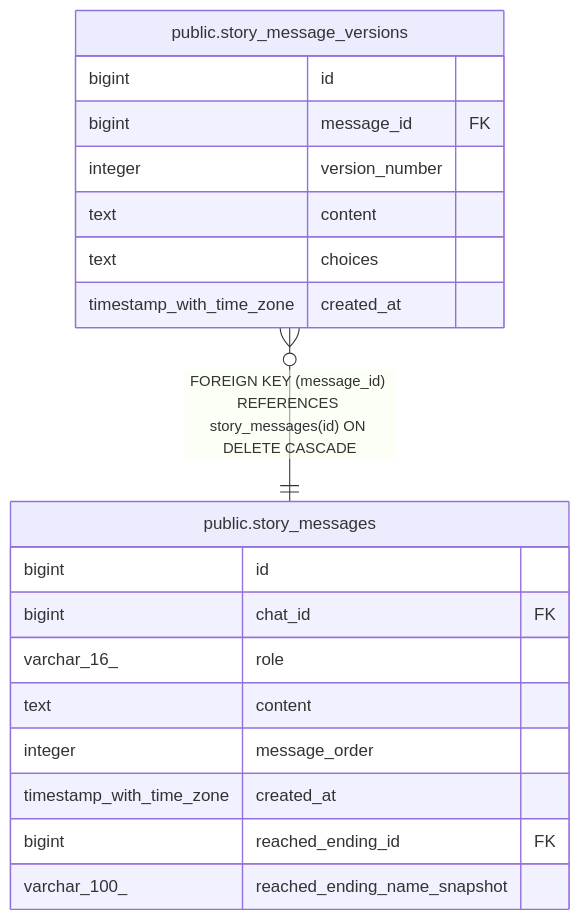
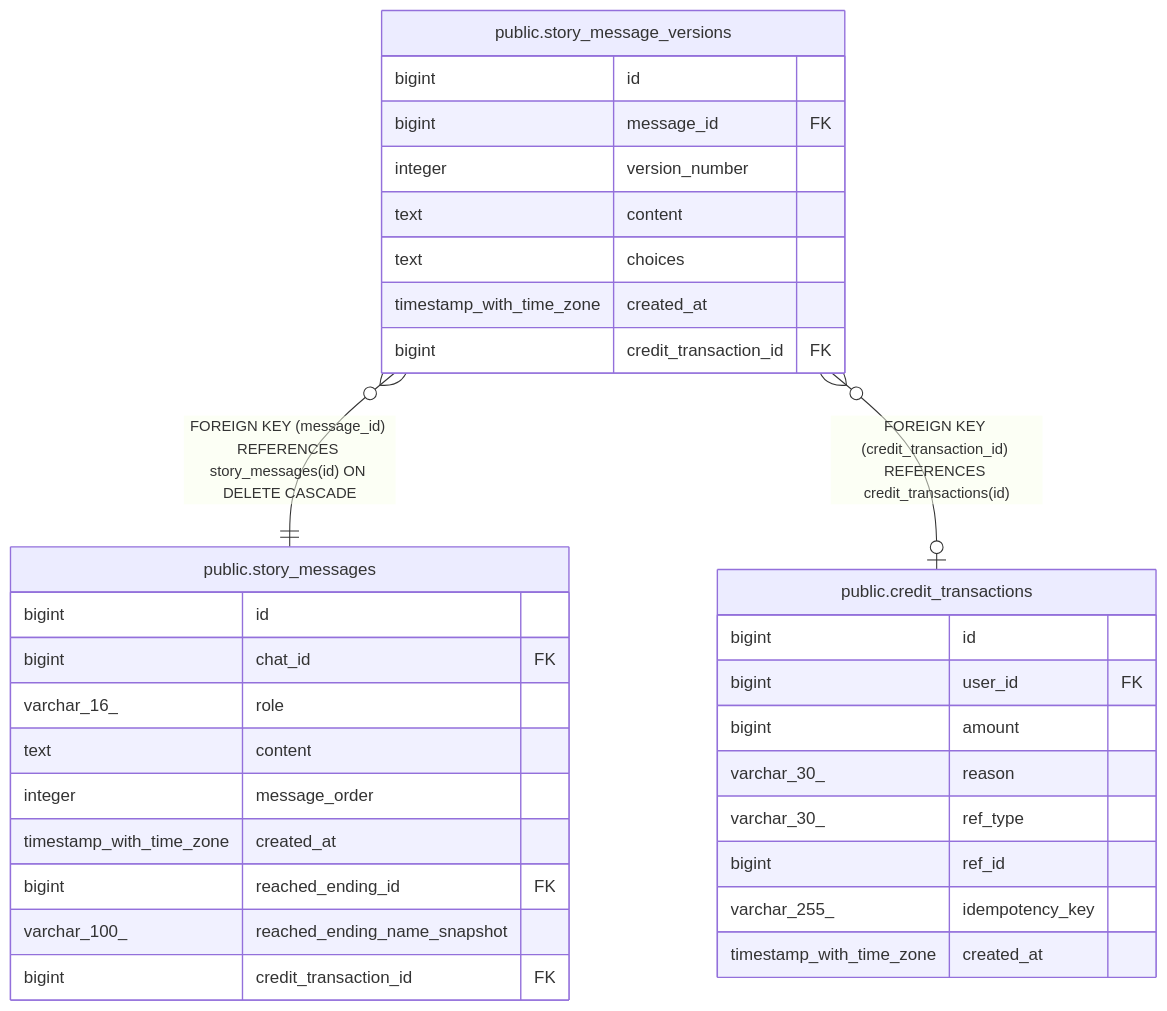
The diagram in dbdoc/public.story_message_versions.md (KIM-N-KANG/manyak-server), drawn with Mermaid before and after one commit. The commit also changed other lines of this file and 70 other files, not shown here.

````diff
--- a/dbdoc/public.story_message_versions.md
+++ b/dbdoc/public.story_message_versions.md
@@ -32,24 +35,37 @@
 ```mermaid
 erDiagram
 
 "public.story_message_versions" }o--|| "public.story_messages" : "FOREIGN KEY (message_id) REFERENCES story_messages(id) ON DELETE CASCADE"
+"public.story_message_versions" }o--o| "public.credit_transactions" : "FOREIGN KEY (credit_transaction_id) REFERENCES credit_transactions(id)"
 
 "public.story_message_versions" {
   bigint id
   bigint message_id FK
   integer version_number
   text content
   text choices
   timestamp_with_time_zone created_at
+  bigint credit_transaction_id FK
 }
 "public.story_messages" {
   bigint id
   bigint chat_id FK
   varchar_16_ role
   text content
   integer message_order
   timestamp_with_time_zone created_at
   bigint reached_ending_id FK
   varchar_100_ reached_ending_name_snapshot
+  bigint credit_transaction_id FK
+}
+"public.credit_transactions" {
+  bigint id
+  bigint user_id FK
+  bigint amount
+  varchar_30_ reason
+  varchar_30_ ref_type
+  bigint ref_id
+  varchar_255_ idempotency_key
+  timestamp_with_time_zone created_at
 }
 ```
````
